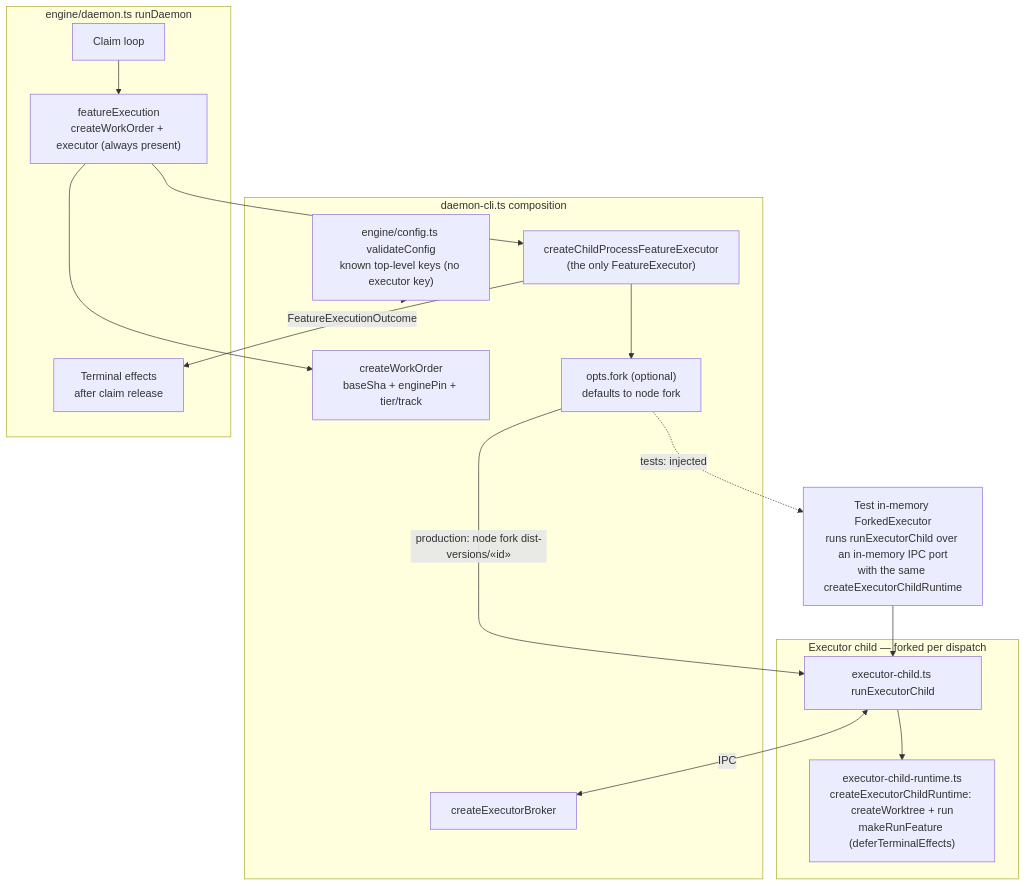
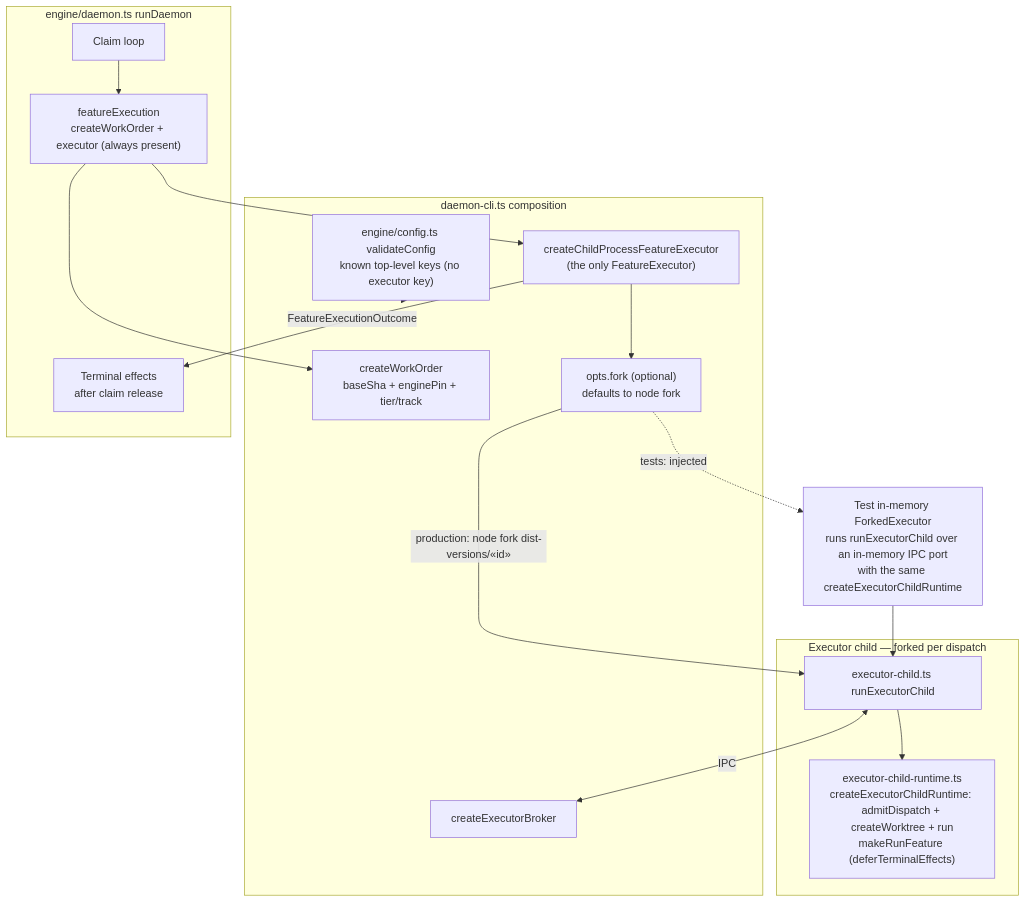
The first of 2 diagrams in .docs/architecture/daemon-still-carries-two-feature-executors-in-proc.md (jstoup111/ai-conductor), drawn with Mermaid before and after one commit. The commit also changed other lines of this file and 2 other files, not shown here.

Commit message:
spec: amend executor-child runtime factory to carry dispatch admission (#3480)

````diff
--- a/.docs/architecture/daemon-still-carries-two-feature-executors-in-proc.md
+++ b/.docs/architecture/daemon-still-carries-two-feature-executors-in-proc.md
@@ -12,35 +12,35 @@
 ```mermaid
 graph TD
     subgraph CLI["daemon-cli.ts composition"]
         Config["engine/config.ts validateConfig<br/>known top-level keys (no executor key)"]
         WOB["createWorkOrder<br/>baseSha + enginePin + tier/track"]
         Child["createChildProcessFeatureExecutor<br/>(the only FeatureExecutor)"]
         Broker["createExecutorBroker"]
         Seam["opts.fork (optional)<br/>defaults to node fork"]
     end
 
     subgraph Core["engine/daemon.ts runDaemon"]
         Claim["Claim loop"]
         FE["featureExecution<br/>createWorkOrder + executor (always present)"]
         Effects["Terminal effects<br/>after claim release"]
     end
 
     subgraph Proc["Executor child — forked per dispatch"]
         Entry["executor-child.ts runExecutorChild"]
-        Runtime["executor-child-runtime.ts<br/>createExecutorChildRuntime: createWorktree + run<br/>makeRunFeature (deferTerminalEffects)"]
+        Runtime["executor-child-runtime.ts<br/>createExecutorChildRuntime: admitDispatch + createWorktree + run<br/>makeRunFeature (deferTerminalEffects)"]
     end
 
     TestFork["Test in-memory ForkedExecutor<br/>runs runExecutorChild over an in-memory IPC port<br/>with the same createExecutorChildRuntime"]
 
     Config --> CLI
     Claim --> FE
     FE --> WOB
     FE --> Child
     Child --> Seam
     Seam -->|"production: node fork dist-versions/«id»"| Entry
     Seam -.->|"tests: injected"| TestFork
     TestFork --> Entry
     Entry <-->|"IPC"| Broker
     Entry --> Runtime
     Child -->|"FeatureExecutionOutcome"| Effects
 ```
````
